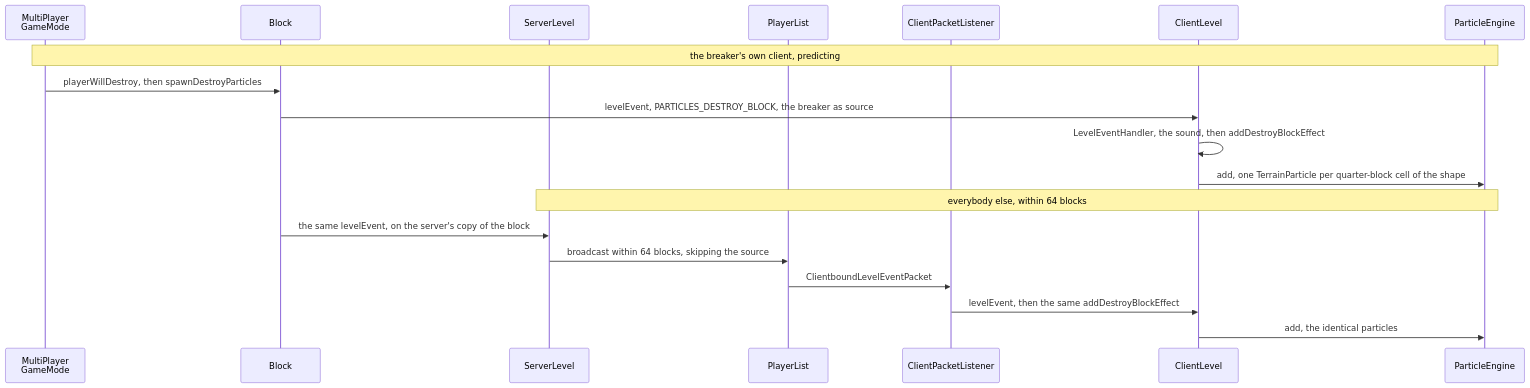
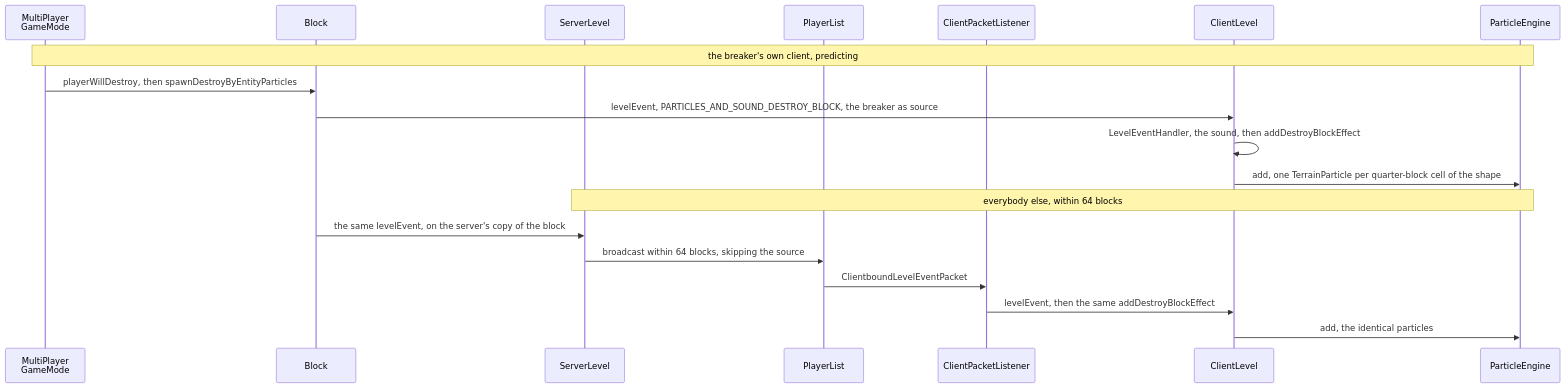
One commit to AlexanderjFraser/MinecraftDocs changed the first of 2 diagrams in src/systems/rendering/particles.md. Above: the diagram before and after it, drawn with Mermaid. The commit also changed other lines of this file and 68 other files, not shown here.

````diff
--- a/src/systems/rendering/particles.md
+++ b/src/systems/rendering/particles.md
@@ -53,22 +54,22 @@
 ```mermaid
 sequenceDiagram
     participant MPGM as MultiPlayer<br/>GameMode
     participant Block as Block
     participant SL as ServerLevel
     participant PL as PlayerList
     participant CPL as ClientPacketListener
     participant CL as ClientLevel
     participant PE as ParticleEngine
 
     Note over MPGM,PE: the breaker's own client, predicting
-    MPGM->>Block: playerWillDestroy, then spawnDestroyParticles
-    Block->>CL: levelEvent, PARTICLES_DESTROY_BLOCK, the breaker as source
+    MPGM->>Block: playerWillDestroy, then spawnDestroyByEntityParticles
+    Block->>CL: levelEvent, PARTICLES_AND_SOUND_DESTROY_BLOCK, the breaker as source
     CL->>CL: LevelEventHandler, the sound, then addDestroyBlockEffect
     CL->>PE: add, one TerrainParticle per quarter-block cell of the shape
     Note over SL,PE: everybody else, within 64 blocks
     Block->>SL: the same levelEvent, on the server's copy of the block
     SL->>PL: broadcast within 64 blocks, skipping the source
     PL->>CPL: ClientboundLevelEventPacket
     CPL->>CL: levelEvent, then the same addDestroyBlockEffect
     CL->>PE: add, the identical particles
 ```
````
